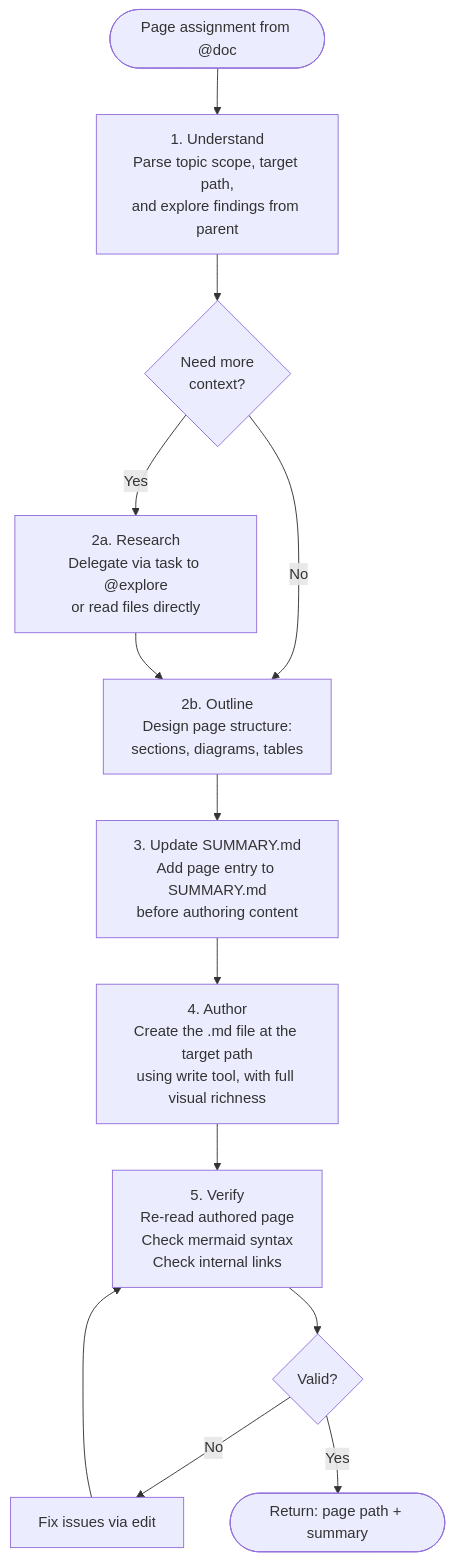
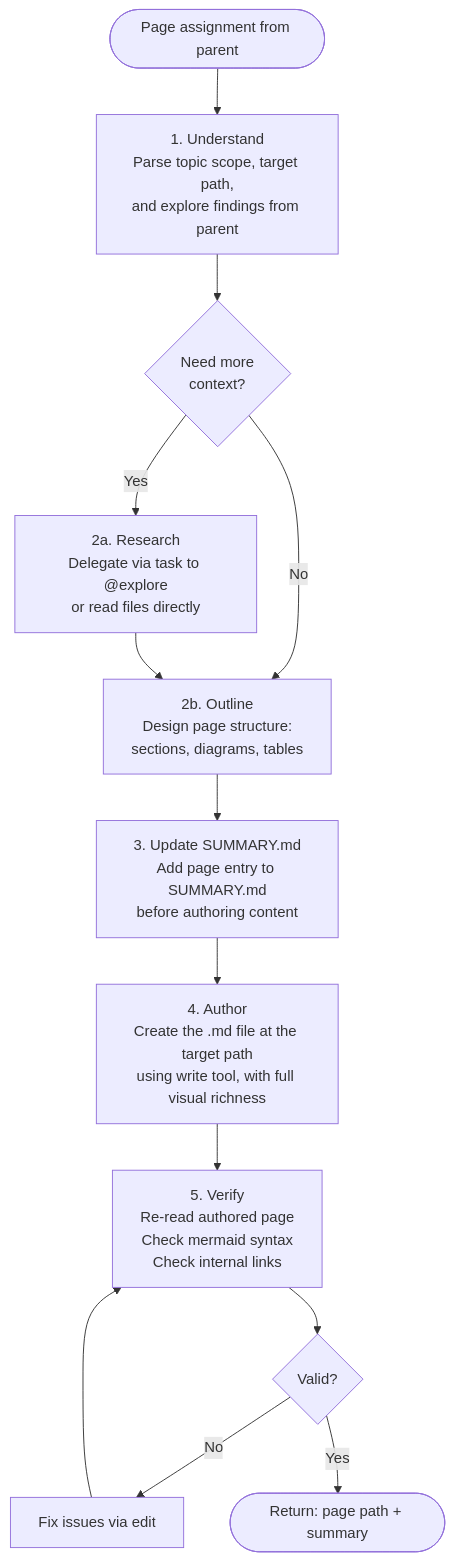
The diagram in pages/src/absurd/technical-writer.md (juliankahlert/opencode-config), drawn with Mermaid before and after one commit. The commit also changed other lines of this file and 17 other files, not shown here.

````diff
--- a/pages/src/absurd/technical-writer.md
+++ b/pages/src/absurd/technical-writer.md
@@ -23,22 +29,22 @@
 ```mermaid
 flowchart TD
-    REQ([Page assignment from @doc]) --> UNDERSTAND
+    REQ([Page assignment from parent]) --> UNDERSTAND
 
     UNDERSTAND["<span>1.</span> Understand<br/>Parse topic scope, target path,<br/>and explore findings from parent"]
 
     UNDERSTAND --> NEED_MORE{Need more<br/>context?}
     NEED_MORE -->|Yes| RESEARCH["<span>2a.</span> Research<br/>Delegate via task to @explore<br/>or read files directly"]
     NEED_MORE -->|No| OUTLINE
 
     RESEARCH --> OUTLINE["<span>2b.</span> Outline<br/>Design page structure:<br/>sections, diagrams, tables"]
 
     OUTLINE --> SUMMARY["<span>3.</span> Update SUMMARY.md<br/>Add page entry to SUMMARY.md<br/>before authoring content"]
 
     SUMMARY --> AUTHOR["<span>4.</span> Author<br/>Create the .md file at the target path<br/>using write tool, with full visual richness"]
 
     AUTHOR --> VERIFY["<span>5.</span> Verify<br/>Re-read authored page<br/>Check mermaid syntax<br/>Check internal links"]
 
     VERIFY --> VALID{Valid?}
     VALID -->|No| FIX[Fix issues via edit] --> VERIFY
     VALID -->|Yes| DONE([Return: page path + summary])
 ```
````
